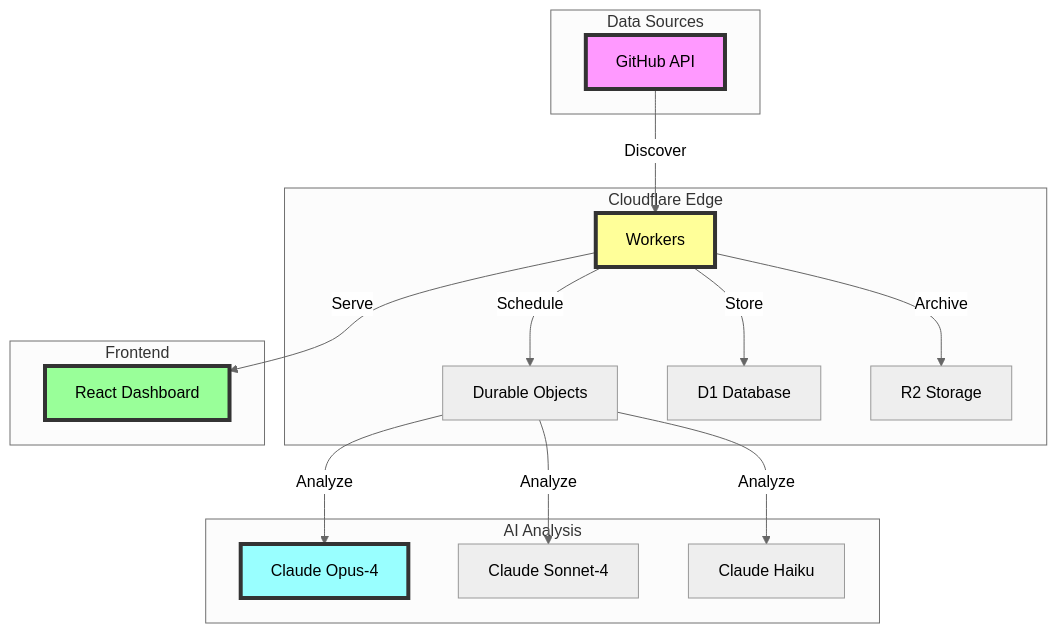
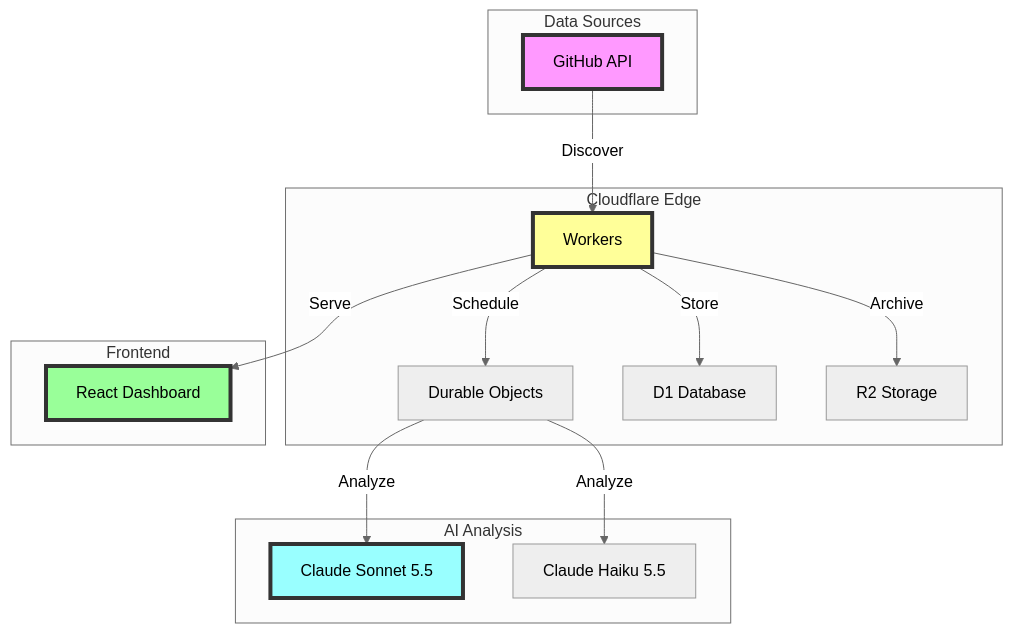
One commit to nnkostov/cloudflare-agent-vibe-cline changed the diagram in README.md. Above: the diagram before and after it, drawn with Mermaid (neutral theme). The commit also changed other lines of this file and 143 other files, not shown here.

````diff
--- a/README.md
+++ b/README.md
@@ -119,37 +119,35 @@
 ```mermaid
 graph TB
     subgraph "Data Sources"
         GH[GitHub API]
     end
     
     subgraph "Cloudflare Edge"
         W[Workers]
         DO[Durable Objects]
         D1[D1 Database]
         R2[R2 Storage]
     end
     
     subgraph "AI Analysis"
-        CO[Claude Opus-4]
-        CS[Claude Sonnet-4]
-        CH[Claude Haiku]
+        CS[Claude Sonnet 5.5]
+        CH[Claude Haiku 5.5]
     end
     
     subgraph "Frontend"
         DASH[React Dashboard]
     end
     
     GH -->|Discover| W
     W -->|Schedule| DO
-    DO -->|Analyze| CO
     DO -->|Analyze| CS
     DO -->|Analyze| CH
     W -->|Store| D1
     W -->|Archive| R2
     W -->|Serve| DASH
     
     style GH fill:#f9f,stroke:#333,stroke-width:4px
     style W fill:#ff9,stroke:#333,stroke-width:4px
-    style CO fill:#9ff,stroke:#333,stroke-width:4px
+    style CS fill:#9ff,stroke:#333,stroke-width:4px
     style DASH fill:#9f9,stroke:#333,stroke-width:4px
 ```
````
